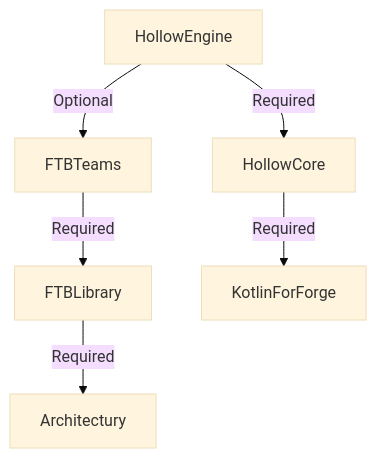
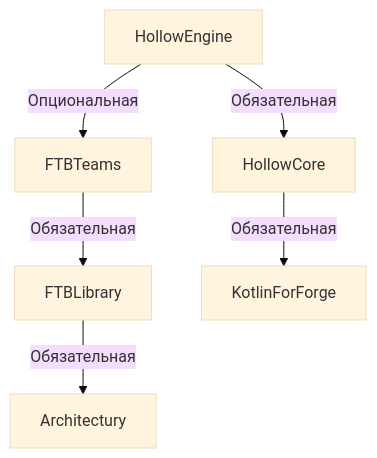
One commit to 0mods/docsweb changed the diagram in docs/hollowengine/Begin/requirement.mdx. Above: the diagram before and after it, drawn with Mermaid (base theme). The commit also changed other lines of this file and 68 other files, not shown here.

````diff
--- a/docs/hollowengine/Begin/requirement.mdx
+++ b/docs/hollowengine/Begin/requirement.mdx
@@ -10,8 +8,8 @@
 ```mermaid 
-graph TD
-   A[HollowEngine]-->|Required| B[HollowCore];
-   A-->|Optional| C[FTBTeams];
-   C-->|Required| E[FTBLibrary];
-   E-->|Required| F[Architectury];
-   B-->|Required| G[KotlinForForge];
+graph TD;
+   A[HollowEngine]-->|Обязательная| B[HollowCore];
+   A-->|Опциональная| C[FTBTeams];
+   C-->|Обязательная| E[FTBLibrary];
+   E-->|Обязательная| F[Architectury];
+   B-->|Обязательная| G[KotlinForForge];
 ```
````
